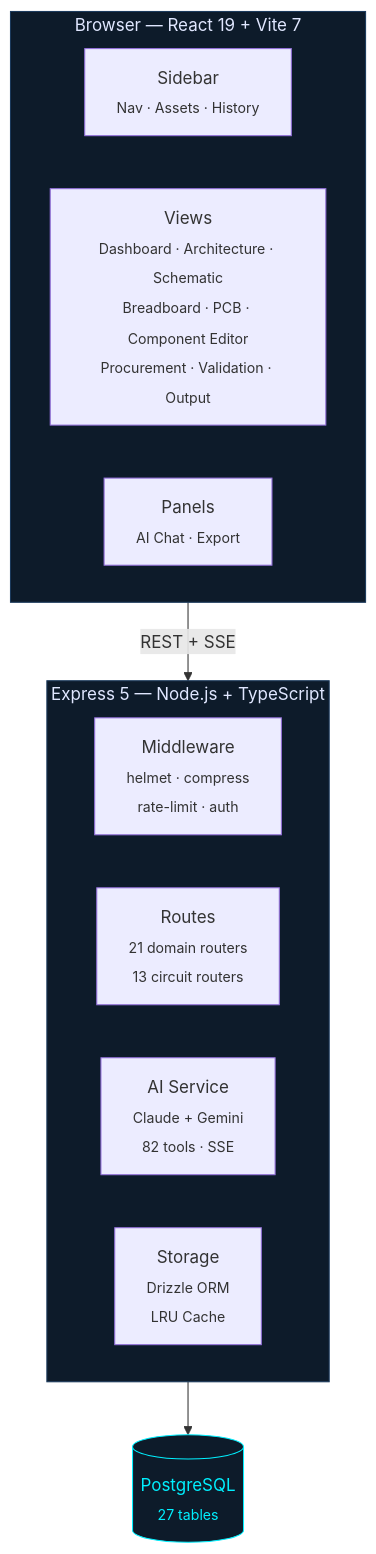
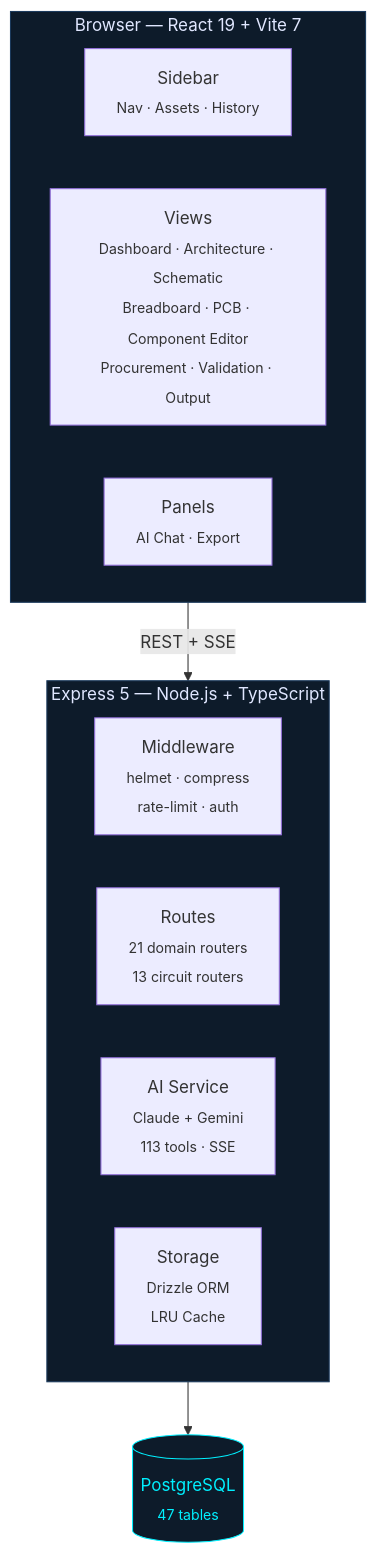
One commit to wtyler2505/ProtoPulse changed the diagram in README.md. Above: the diagram before and after it, drawn with Mermaid. The commit also changed other lines of this file and 12 other files, not shown here.

````diff
--- a/README.md
+++ b/README.md
@@ -332,25 +335,25 @@
 ```mermaid
 graph TB
     subgraph Browser["Browser — React 19 + Vite 7"]
         direction LR
         Sidebar["Sidebar<br><sub>Nav · Assets · History</sub>"]
         Views["Views<br><sub>Dashboard · Architecture · Schematic<br>Breadboard · PCB · Component Editor<br>Procurement · Validation · Output</sub>"]
         Panels["Panels<br><sub>AI Chat · Export</sub>"]
     end
 
     Browser -->|"REST + SSE"| Server
 
     subgraph Server["Express 5 — Node.js + TypeScript"]
         direction LR
         MW["Middleware<br><sub>helmet · compress<br>rate-limit · auth</sub>"]
         Routes["Routes<br><sub>21 domain routers<br>13 circuit routers</sub>"]
-        AI["AI Service<br><sub>Claude + Gemini<br>82 tools · SSE</sub>"]
+        AI["AI Service<br><sub>Claude + Gemini<br>113 tools · SSE</sub>"]
         Storage["Storage<br><sub>Drizzle ORM<br>LRU Cache</sub>"]
     end
 
-    Storage --> DB[("PostgreSQL<br><sub>27 tables</sub>")]
+    Storage --> DB[("PostgreSQL<br><sub>47 tables</sub>")]
 
     style Browser fill:#0D1B2A,stroke:#1B3A5C,color:#E0E7FF
     style Server fill:#0D1B2A,stroke:#1B3A5C,color:#E0E7FF
     style DB fill:#0D1B2A,stroke:#00F0FF,color:#00F0FF
 ```
````
